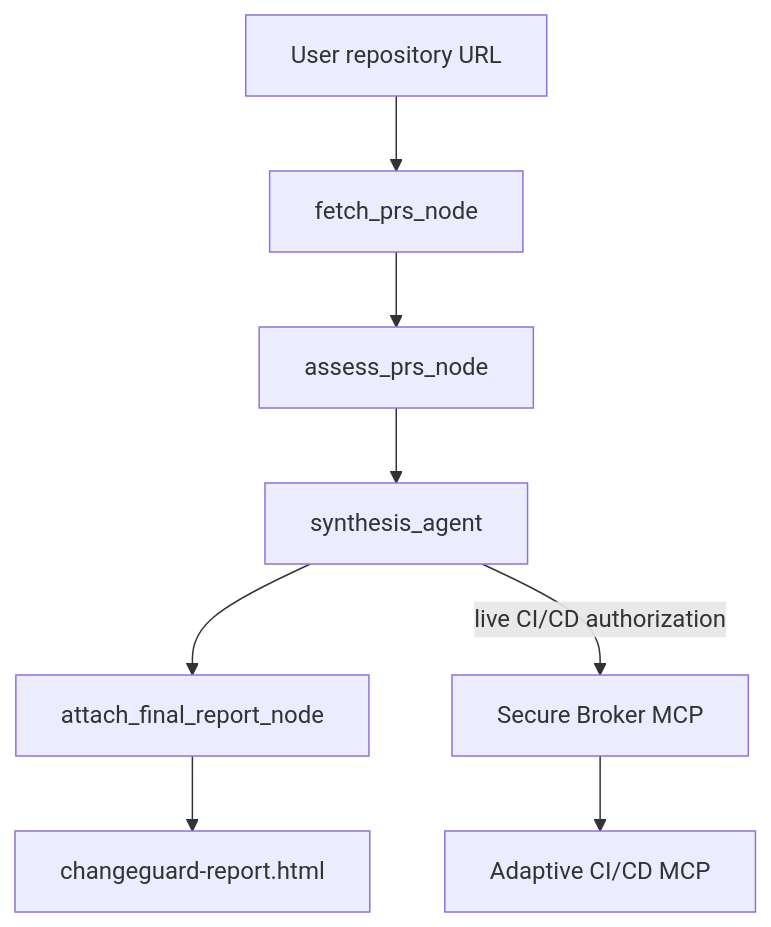
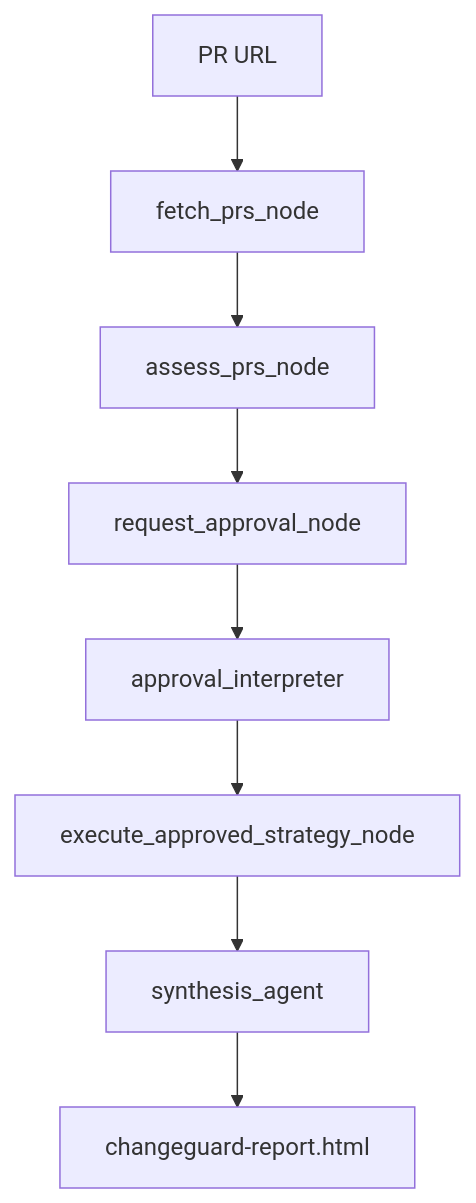
The diagram in agent/README.MD (david-satarain-epam/changeguard-ai), drawn with Mermaid before and after one commit. The commit also changed other lines of this file and 50 other files, not shown here.

````diff
--- a/agent/README.MD
+++ b/agent/README.MD
@@ -26,10 +19,10 @@
 ```mermaid
 flowchart TD
-    Input[User repository URL] --> Fetch[fetch_prs_node]
+    Input[PR URL] --> Fetch[fetch_prs_node]
     Fetch --> Assess[assess_prs_node]
-    Assess --> Synthesis[synthesis_agent]
-    Synthesis --> Attach[attach_final_report_node]
-    Attach --> Artifact[changeguard-report.html]
-    Synthesis -->|live CI/CD authorization| Broker[Secure Broker MCP]
-    Broker --> CICD[Adaptive CI/CD MCP]
+    Assess --> Review[request_approval_node]
+    Review --> Interpret[approval_interpreter]
+    Interpret --> Execute[execute_approved_strategy_node]
+    Execute --> Report[synthesis_agent]
+    Report --> Artifact[changeguard-report.html]
 ```
````
